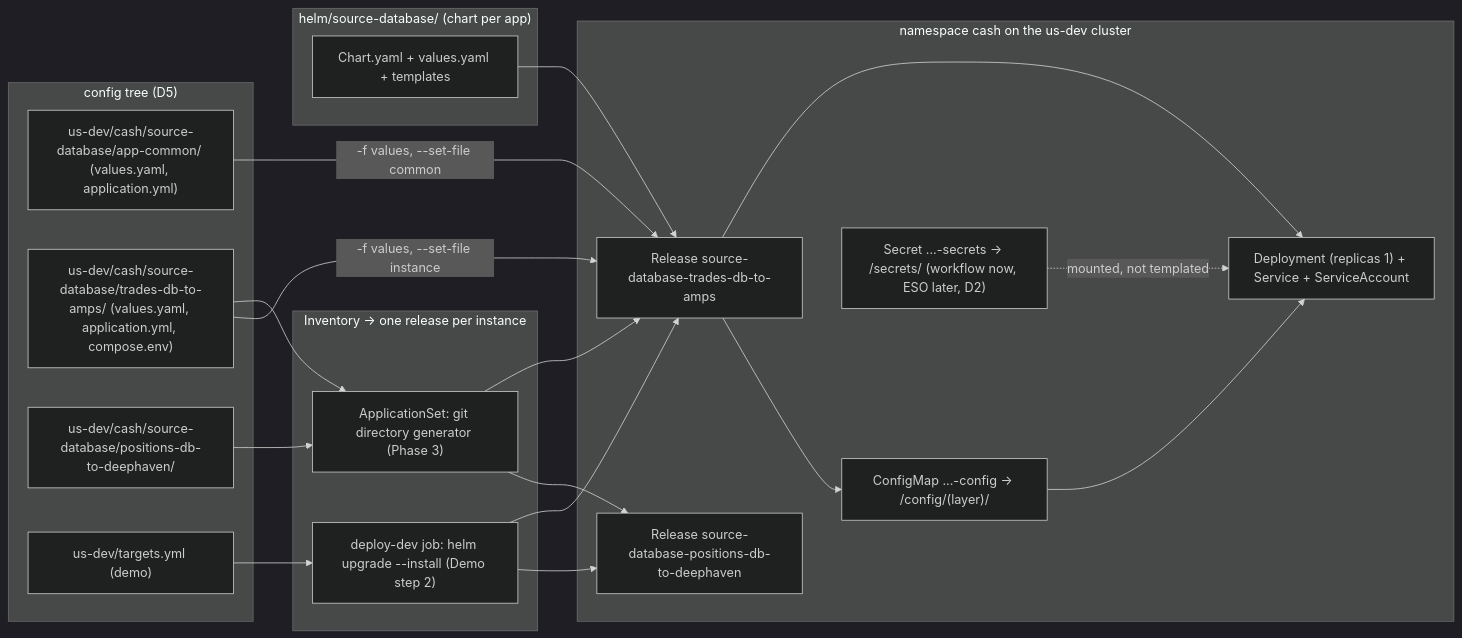
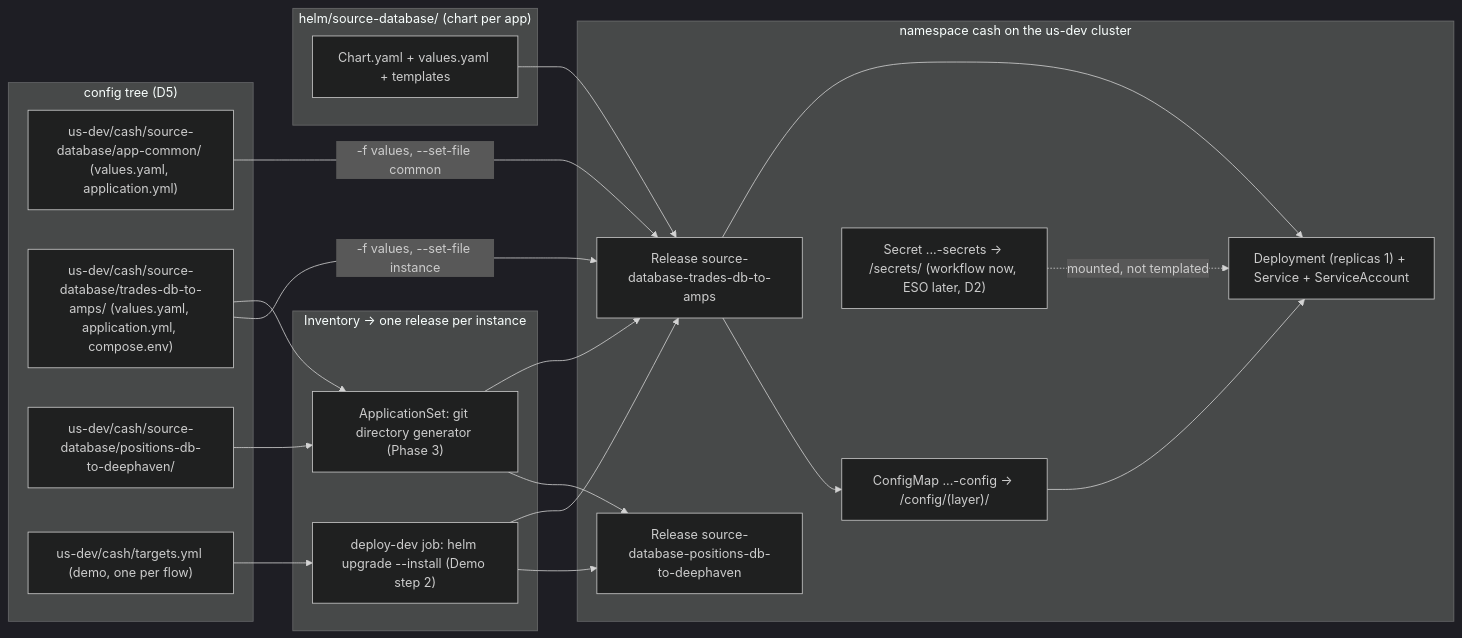
One commit to crazymatthsu/github-demo changed the first of 3 diagrams in docs/11-kubernetes-packaging-and-gitops.md. Above: the diagram before and after it, drawn with Mermaid (dark theme). The commit also changed other lines of this file and 8 other files, not shown here.

First line of the commit message:
docs: one deploy inventory per flow, config/<env>/<flow>/targets.yml (DL-39 amended)

````diff
--- a/docs/11-kubernetes-packaging-and-gitops.md
+++ b/docs/11-kubernetes-packaging-and-gitops.md
@@ -289,37 +289,37 @@
 ```mermaid
 flowchart LR
   subgraph tree["config tree (D5)"]
     ac["us-dev/cash/source-database/app-common/ (values.yaml, application.yml)"]
     i1["us-dev/cash/source-database/trades-db-to-amps/ (values.yaml, application.yml, compose.env)"]
     i2["us-dev/cash/source-database/positions-db-to-deephaven/"]
-    tg["us-dev/targets.yml (demo)"]
+    tg["us-dev/cash/targets.yml (demo, one per flow)"]
   end
   subgraph inv["Inventory → one release per instance"]
     dd["deploy-dev job: helm upgrade --install (Demo step 2)"]
     as["ApplicationSet: git directory generator (Phase 3)"]
   end
   subgraph chart["helm/source-database/ (chart per app)"]
     ch["Chart.yaml + values.yaml + templates"]
   end
   subgraph ns["namespace cash on the us-dev cluster"]
     r1["Release source-database-trades-db-to-amps"]
     d1["Deployment (replicas 1) + Service + ServiceAccount"]
     c1["ConfigMap ...-config → /config/(layer)/"]
     s1["Secret ...-secrets → /secrets/ (workflow now, ESO later, D2)"]
     r2["Release source-database-positions-db-to-deephaven"]
   end
   tg --> dd
   i1 --> as
   i2 --> as
   ac -->|"-f values, --set-file common"| r1
   i1 -->|"-f values, --set-file instance"| r1
   ch --> r1
   dd --> r1
   as --> r1
   as --> r2
   dd --> r2
   r1 --> d1
   r1 --> c1
   s1 -.->|"mounted, not templated"| d1
   c1 --> d1
 ```
````
